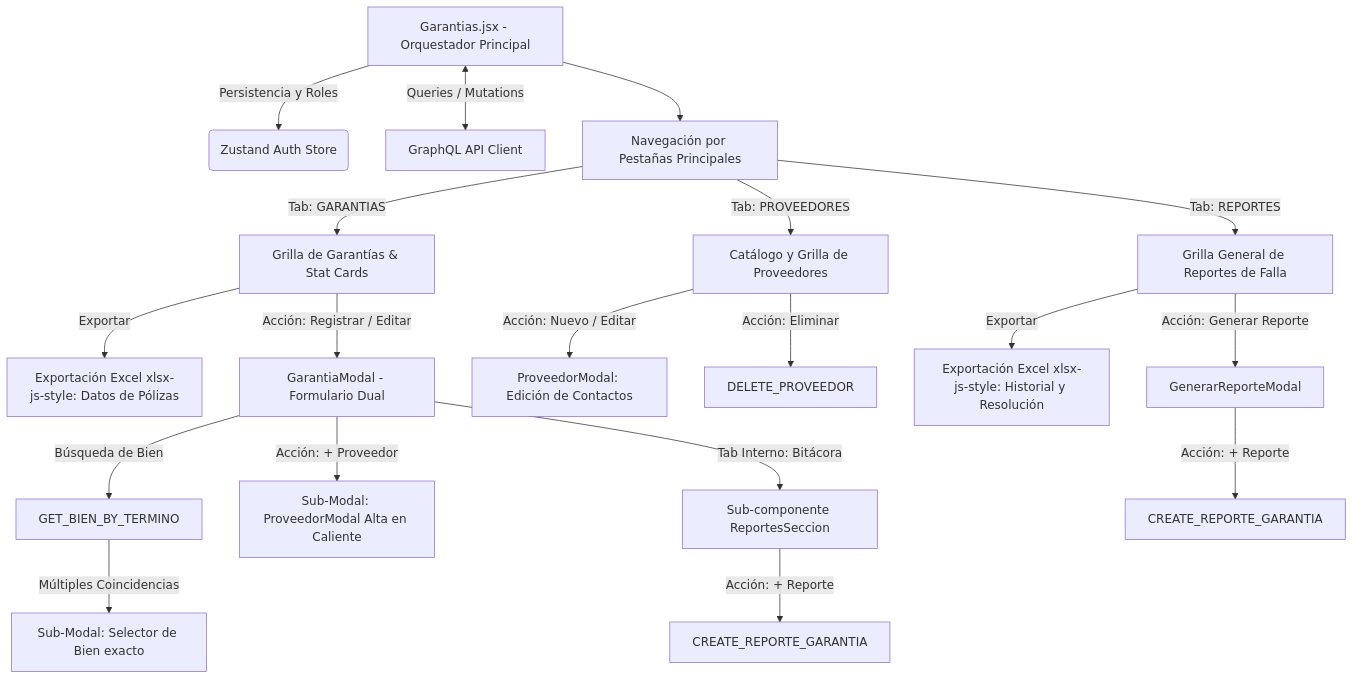
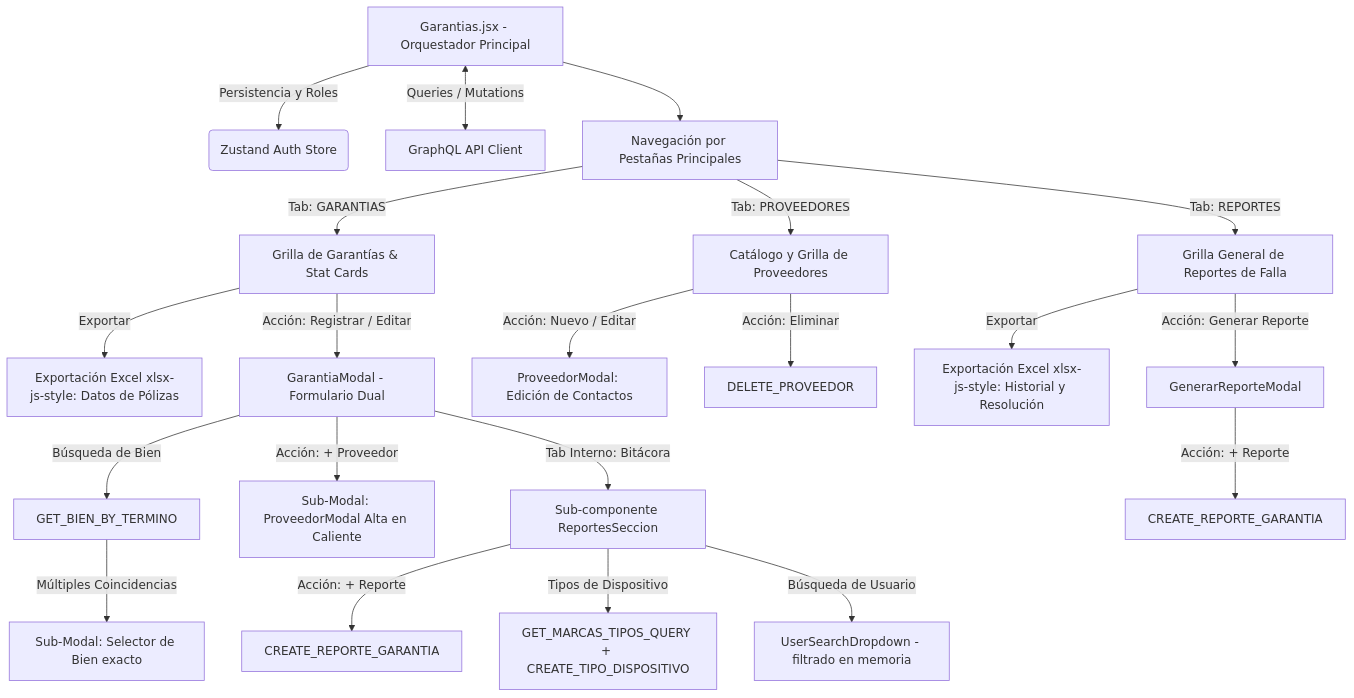
The first of 2 diagrams in Manual_Tecnico_Modulo_Garantias.md (SebMaldon/Sistema-Gestion-Activos-Institucionales-Doc), drawn with Mermaid before and after one commit. The commit also changed other lines of this file, not shown here.

````diff
--- a/Manual_Tecnico_Modulo_Garantias.md
+++ b/Manual_Tecnico_Modulo_Garantias.md
@@ -15,29 +15,26 @@
 ```mermaid
 graph TD
     A[Garantias.jsx - Orquestador Principal] -->|Persistencia y Roles| B(Zustand Auth Store)
     A <-->|Queries / Mutations| C[GraphQL API Client]
     A --> D[Navegación por Pestañas Principales]
 
-    %% Pestaña 1: Control de Garantías
     D -->|Tab: GARANTIAS| E[Grilla de Garantías & Stat Cards]
     E -->|Exportar| EXP1[Exportación Excel xlsx-js-style: Datos de Pólizas]
     E -->|Acción: Registrar / Editar| M1[GarantiaModal - Formulario Dual]
-    
-    %% Flujos dentro de GarantiaModal
     M1 -->|Búsqueda de Bien| BUS[GET_BIEN_BY_TERMINO]
     BUS -->|Múltiples Coincidencias| MULT[Sub-Modal: Selector de Bien exacto]
     M1 -->|Acción: + Proveedor| M_PROV[Sub-Modal: ProveedorModal Alta en Caliente]
     M1 -->|Tab Interno: Bitácora| REP_SEC[Sub-componente ReportesSeccion]
     REP_SEC -->|Acción: + Reporte| CREA_REP1[CREATE_REPORTE_GARANTIA]
+    REP_SEC -->|Tipos de Dispositivo| CAT_TIPOS[GET_MARCAS_TIPOS_QUERY + CREATE_TIPO_DISPOSITIVO]
+    REP_SEC -->|Búsqueda de Usuario| USR_DROP[UserSearchDropdown - filtrado en memoria]
 
-    %% Pestaña 2: Gestión de Proveedores
     D -->|Tab: PROVEEDORES| F[Catálogo y Grilla de Proveedores]
     F -->|Acción: Nuevo / Editar| M_PROV_ED[ProveedorModal: Edición de Contactos]
     F -->|Acción: Eliminar| DEL_PROV[DELETE_PROVEEDOR]
 
-    %% Pestaña 3: Bitácora General de Reportes
     D -->|Tab: REPORTES| G[Grilla General de Reportes de Falla]
     G -->|Exportar| EXP2[Exportación Excel xlsx-js-style: Historial y Resolución]
     G -->|Acción: Generar Reporte| M_REP_GEN[GenerarReporteModal]
     M_REP_GEN -->|Acción: + Reporte| CREA_REP2[CREATE_REPORTE_GARANTIA]
 ```
````
